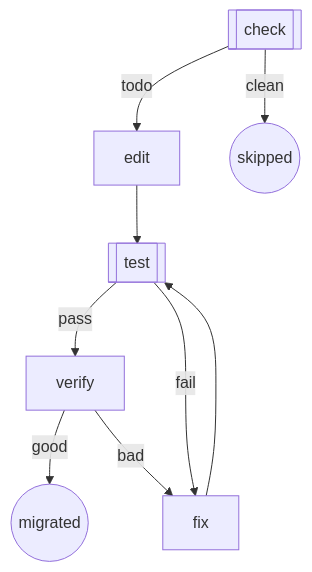
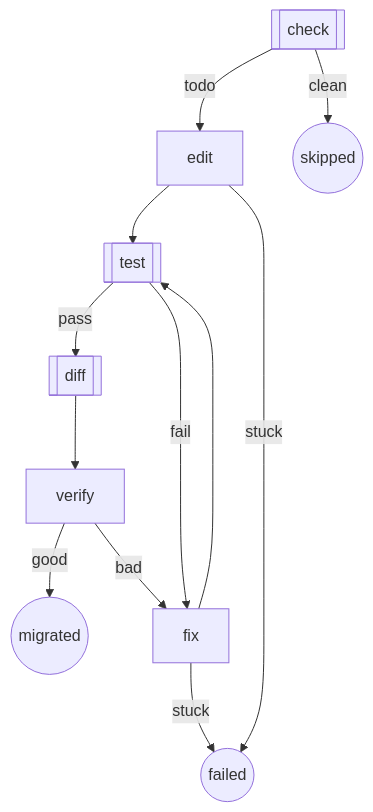
The diagram in examples/skills/migrate-api/flows/package.md (ChristopherDavenport/agentflow), drawn with Mermaid before and after one commit. The commit also changed other lines of this file and 6 other files, not shown here.

````diff
--- a/examples/skills/migrate-api/flows/package.md
+++ b/examples/skills/migrate-api/flows/package.md
@@ -18,11 +18,14 @@
 ```mermaid
 flowchart TD
   check[[check]] -->|todo| edit[edit]
   check -->|clean| skipped((skipped))
   edit --> test[[test]]
-  test -->|pass| verify[verify]
+  edit -->|stuck| failed((failed))
+  test -->|pass| diff[[diff]]
   test -->|fail| fix[fix]
   fix --> test
+  fix -->|stuck| failed
+  diff --> verify[verify]
   verify -->|good| migrated((migrated))
   verify -->|bad| fix
 ```
````
